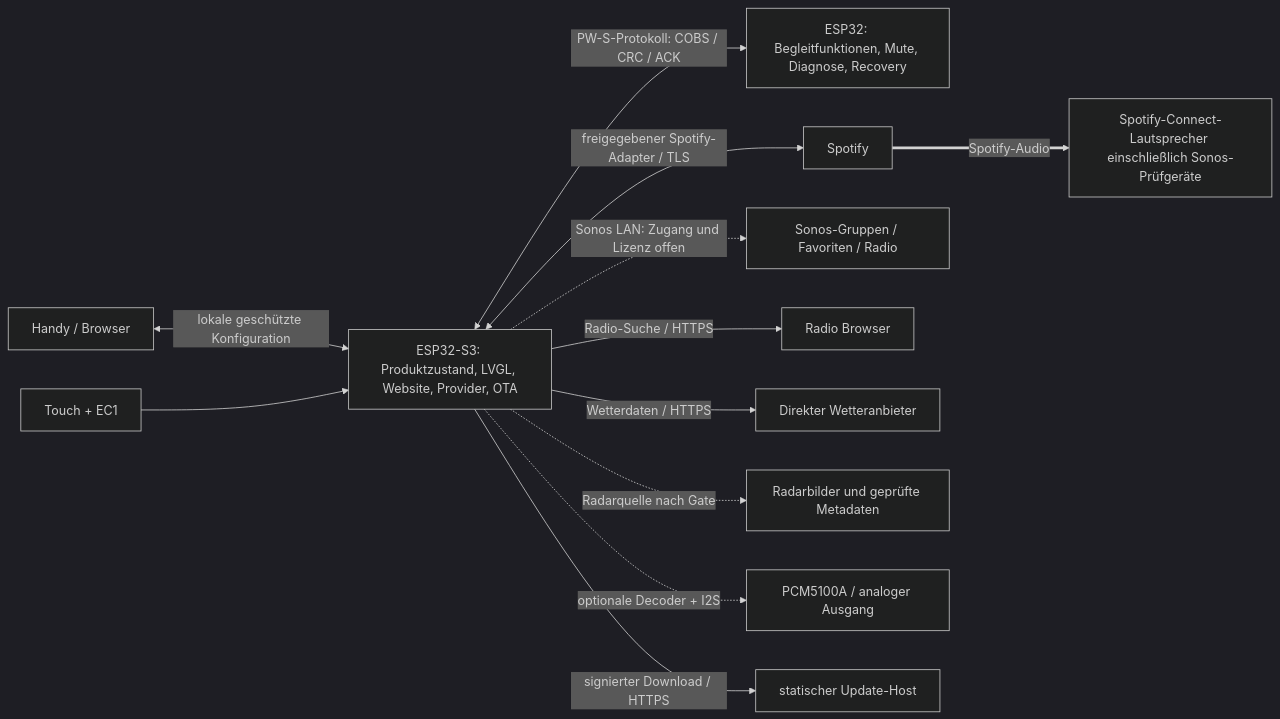
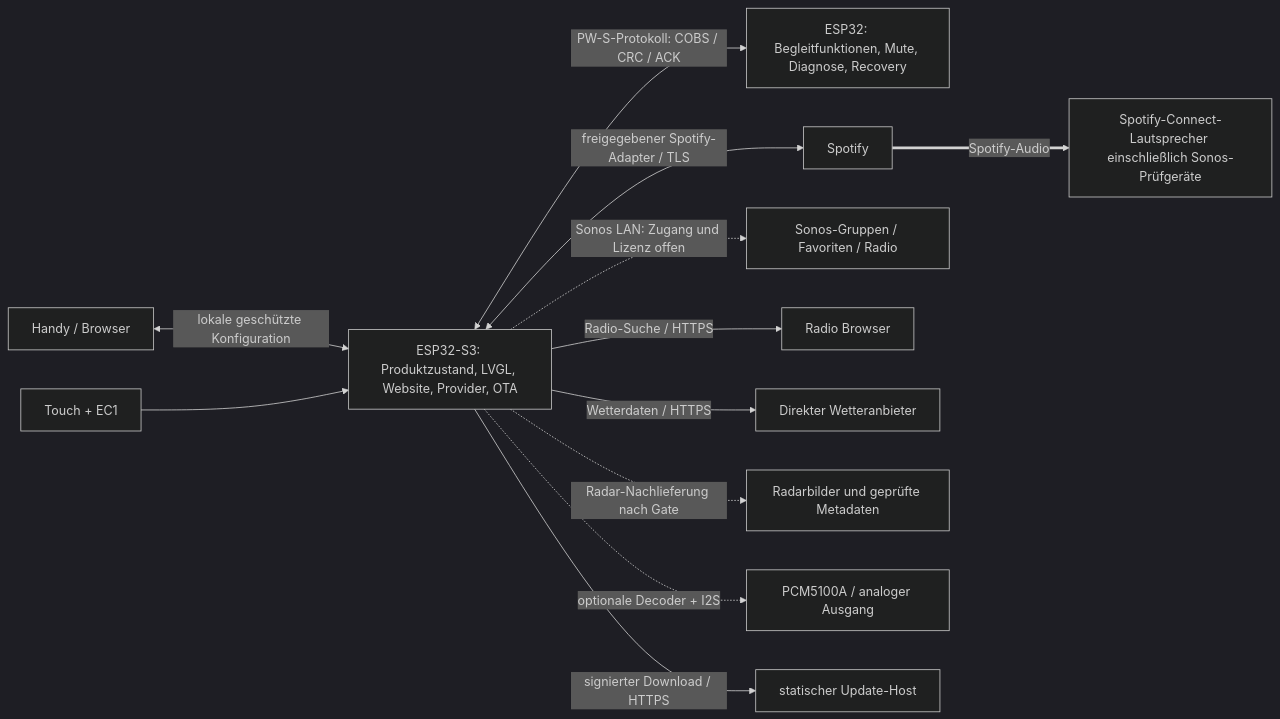
One commit to passion-wave/Passion-Wave-rotaryknob-spotify changed the diagram in docs/01-GESAMTKONZEPT.md. Above: the diagram before and after it, drawn with Mermaid (dark theme). The commit also changed other lines of this file and 14 other files, not shown here.

````diff
--- a/docs/01-GESAMTKONZEPT.md
+++ b/docs/01-GESAMTKONZEPT.md
@@ -30,14 +32,14 @@
 ```mermaid
 flowchart LR
   B[Handy / Browser] <-->|lokale geschützte Konfiguration| S3
   D[Touch + EC1] --> S3[ESP32-S3: Produktzustand, LVGL, Website, Provider, OTA]
   S3 <-->|PW-S-Protokoll: COBS / CRC / ACK| E[ESP32: Begleitfunktionen, Mute, Diagnose, Recovery]
   S3 <-->|freigegebener Spotify-Adapter / TLS| SP[Spotify]
   SP ==>|Spotify-Audio| C[Spotify-Connect-Lautsprecher einschließlich Sonos-Prüfgeräte]
   S3 -.->|Sonos LAN: Zugang und Lizenz offen| SN[Sonos-Gruppen / Favoriten / Radio]
   S3 -->|Radio-Suche / HTTPS| RB[Radio Browser]
   S3 -->|Wetterdaten / HTTPS| W[Direkter Wetteranbieter]
-  S3 -.->|Radarquelle nach Gate| R[Radarbilder und geprüfte Metadaten]
+  S3 -.->|Radar-Nachlieferung nach Gate| R[Radarbilder und geprüfte Metadaten]
   S3 -.->|optionale Decoder + I2S| DAC[PCM5100A / analoger Ausgang]
   S3 -->|signierter Download / HTTPS| U[statischer Update-Host]
 ```
````
